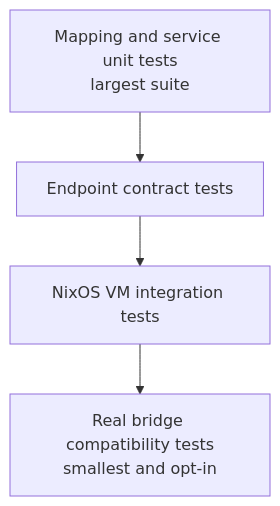
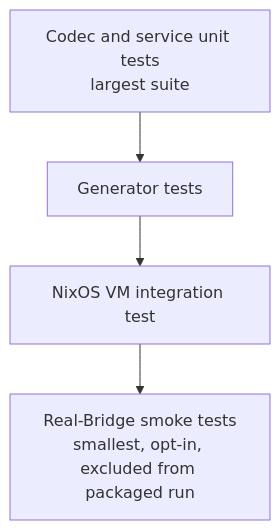
Before and after one commit to malamoney/hue: the eighth of 9 diagrams in philips-hue-grpc-nixos-plan.md, drawn with Mermaid. The commit also changed other lines of this file, not shown here.

````diff
--- a/philips-hue-grpc-nixos-plan.md
+++ b/philips-hue-grpc-nixos-plan.md
@@ -950,9 +796,9 @@
 ```mermaid
 flowchart TB
-    HW[Real bridge compatibility tests<br/>smallest and opt-in]
-    VM[NixOS VM integration tests]
-    CONTRACT[Endpoint contract tests]
-    UNIT[Mapping and service unit tests<br/>largest suite]
+    HW[Real-Bridge smoke tests<br/>smallest, opt-in, excluded from packaged run]
+    VM[NixOS VM integration test]
+    PROTOGEN[Generator tests]
+    UNIT[Codec and service unit tests<br/>largest suite]
 
-    UNIT --> CONTRACT --> VM --> HW
+    UNIT --> PROTOGEN --> VM --> HW
 ```
````
